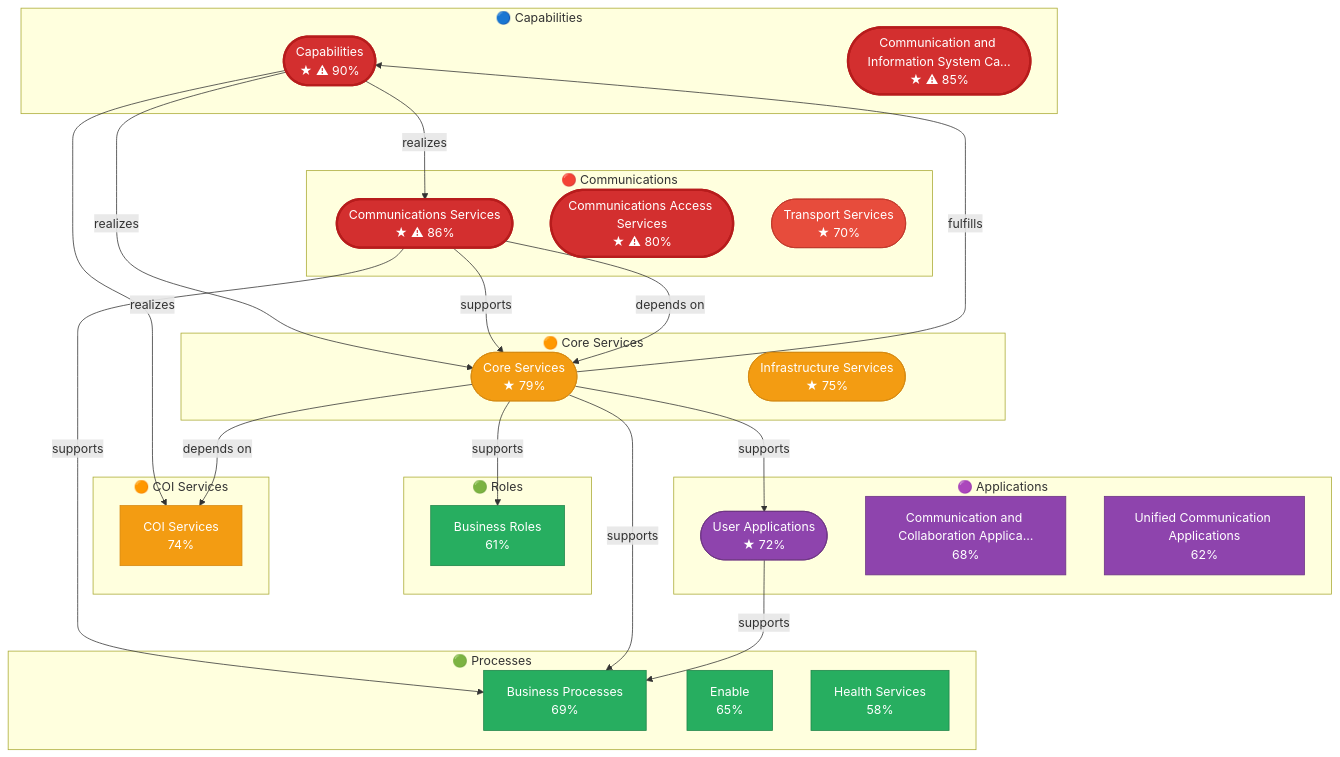
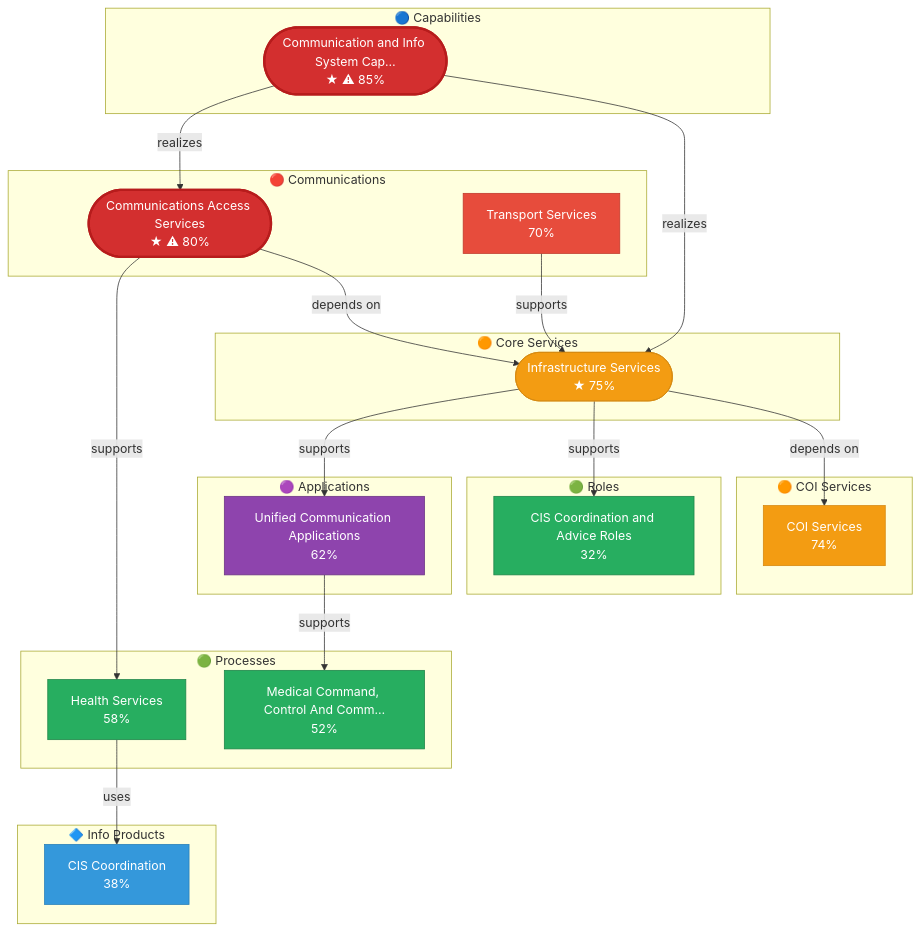
The second of 2 diagrams in README.md (carstenartur/Taxonomy), drawn with Mermaid before and after one commit. The commit also changed other lines of this file and 2 other files, not shown here.

Commit message:
Sync README Mermaid showcase (all 8 layers, leaf-only), optimize swimlane sorting, fix screenshot 40+41 fallback
- README: Replace Mermaid showcase with curated leaf-only version covering all 8 layers (incl. Information Products)
- README: Update counts to 10 elements, 8 layers, 10 relations
- README: Improve hierarchical scoring explanation and Mermaid vs UI note
- taxonomy-scoring.js: Sort swimlane nodes leaf-first (by relevance desc), then roots
- ScreenshotGeneratorIT: Fix screenshot 40 DSL fetch to check response.ok before using content
- ScreenshotGeneratorIT: Fix screenshot 41 with try/catch + fallback timeline for HTTP 423

Agent-Logs-Url: https://github.com/carstenartur/Taxonomy/sessions/094b1dae-9927-4bad-bfef-3e9da51e0161

````diff
--- a/README.md
+++ b/README.md
@@ -62,71 +62,59 @@
 ```mermaid
 flowchart TD
     subgraph Capabilities["🔵 Capabilities"]
-        CP_1000(["Capabilities<br/>★ ⚠ 90%"])
-        CP_1023(["Communication and Information System Ca…<br/>★ ⚠ 85%"])
+        CP_1023(["Communication and Info System Cap…<br/>★ ⚠ 85%"])
     end
     subgraph Business_Processes["🟢 Processes"]
-        BP_1000["Business Processes<br/>69%"]
-        BP_1327["Enable<br/>65%"]
         BP_1490["Health Services<br/>58%"]
+        BP_1697["Medical Command, Control And Comm…<br/>52%"]
     end
     subgraph Business_Roles["🟢 Roles"]
-        BR["Business Roles<br/>61%"]
+        BR_1334["CIS Coordination and Advice Roles<br/>32%"]
     end
     subgraph Core_Services["🟠 Core Services"]
-        CR_1000(["Core Services<br/>★ 79%"])
         CR_1047(["Infrastructure Services<br/>★ 75%"])
     end
     subgraph COI_Services["🟠 COI Services"]
         CI["COI Services<br/>74%"]
     end
     subgraph User_Applications["🟣 Applications"]
-        UA_1000(["User Applications<br/>★ 72%"])
-        UA_1179["Communication and Collaboration Applica…<br/>68%"]
         UA_1574["Unified Communication Applications<br/>62%"]
     end
+    subgraph Information_Products["🔷 Info Products"]
+        IP_2106["CIS Coordination<br/>38%"]
+    end
     subgraph Communications_Services["🔴 Communications"]
-        CO_1000(["Communications Services<br/>★ ⚠ 86%"])
         CO_1011(["Communications Access Services<br/>★ ⚠ 80%"])
-        CO_1063(["Transport Services<br/>★ 70%"])
+        CO_1063["Transport Services<br/>70%"]
     end
-    CP_1000 -->|realizes| CI
-    CP_1000 -->|realizes| CO_1000
-    CP_1000 -->|realizes| CR_1000
-    CO_1000 -->|supports| BP_1000
-    CO_1000 -->|supports| CR_1000
-    CR_1000 -->|supports| BP_1000
-    CR_1000 -->|supports| BR
-    CR_1000 -->|supports| UA_1000
-    CR_1000 -->|fulfills| CP_1000
-    UA_1000 -->|supports| BP_1000
-    CO_1000 -->|depends on| CR_1000
-    CR_1000 -->|depends on| CI
+    CP_1023 -->|realizes| CO_1011
+    CP_1023 -->|realizes| CR_1047
+    CO_1011 -->|supports| BP_1490
+    CO_1011 -->|depends on| CR_1047
+    CR_1047 -->|supports| UA_1574
+    CR_1047 -->|supports| BR_1334
+    CR_1047 -->|depends on| CI
+    UA_1574 -->|supports| BP_1697
+    BP_1490 -->|uses| IP_2106
+    CO_1063 -->|supports| CR_1047
     classDef cap fill:#4A90D9,color:#fff,stroke:#2171B5
     classDef proc fill:#27AE60,color:#fff,stroke:#1E8449
     classDef role fill:#27AE60,color:#fff,stroke:#1E8449
     classDef svc fill:#F39C12,color:#fff,stroke:#D68910
     classDef app fill:#8E44AD,color:#fff,stroke:#6C3483
     classDef info fill:#3498DB,color:#fff,stroke:#2980B9
     classDef comm fill:#E74C3C,color:#fff,stroke:#C0392B
     classDef hotspot fill:#D32F2F,color:#fff,stroke:#B71C1C,stroke-width:3px
-    class CP_1000 cap
-    class CP_1000 hotspot
     class CP_1023 cap
     class CP_1023 hotspot
-    class BP_1000 proc
-    class BP_1327 proc
     class BP_1490 proc
-    class BR role
-    class CR_1000 svc
+    class BP_1697 proc
+    class BR_1334 role
     class CR_1047 svc
     class CI svc
-    class UA_1000 app
-    class UA_1179 app
     class UA_1574 app
-    class CO_1000 comm
-    class CO_1000 hotspot
+    class IP_2106 info
     class CO_1011 comm
     class CO_1011 hotspot
     class CO_1063 comm
 ```
````
